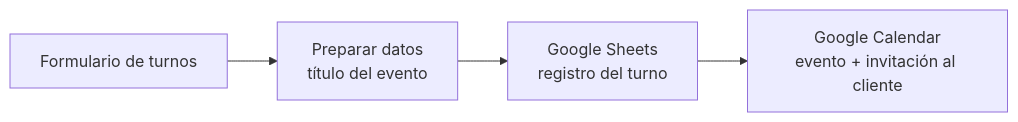
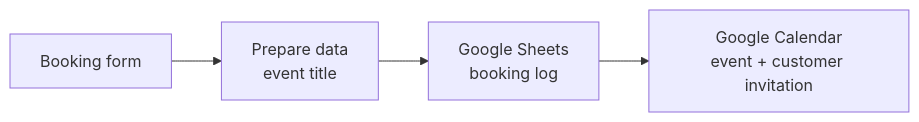
One commit to ignacioerausquin3/sistema-turnos-n8n changed the diagram in README.md. Above: the diagram before and after it, drawn with Mermaid. The commit also changed other lines of this file and 1 other file, not shown here.

````diff
--- a/README.md
+++ b/README.md
@@ -18,6 +20,6 @@
 ```mermaid
 flowchart LR
-    A[Formulario de turnos] --> B[Preparar datos<br/>título del evento]
-    B --> C[Google Sheets<br/>registro del turno]
-    C --> D[Google Calendar<br/>evento + invitación al cliente]
+    A[Booking form] --> B[Prepare data<br/>event title]
+    B --> C[Google Sheets<br/>booking log]
+    C --> D[Google Calendar<br/>event + customer invitation]
 ```
````
